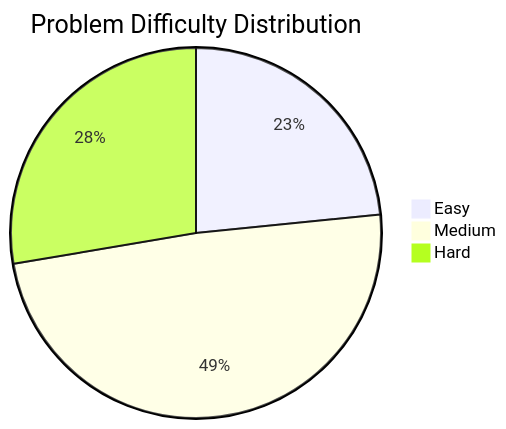
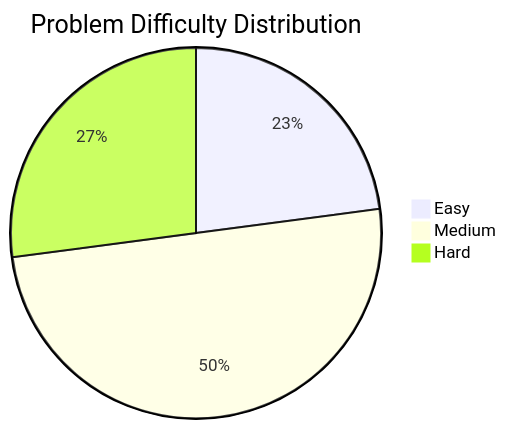
The first of 2 diagrams in JOURNAL.md (ernivani/leetcode-solutions), drawn with Mermaid before and after one commit. The commit also changed other lines of this file and 2 other files, not shown here.

````diff
--- a/JOURNAL.md
+++ b/JOURNAL.md
@@ -58,6 +59,6 @@
 ```mermaid
 pie title Problem Difficulty Distribution
     "Easy" : 11
-    "Medium" : 23
+    "Medium" : 24
     "Hard" : 13
 ```
````
